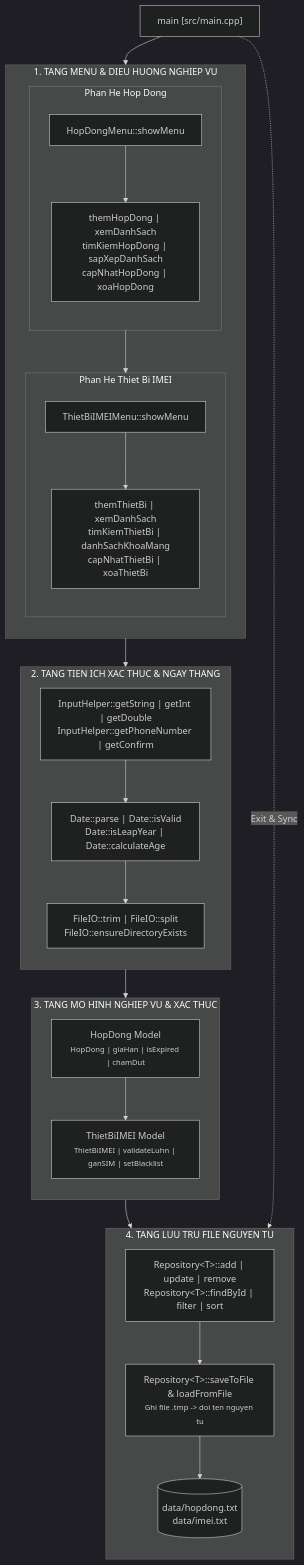
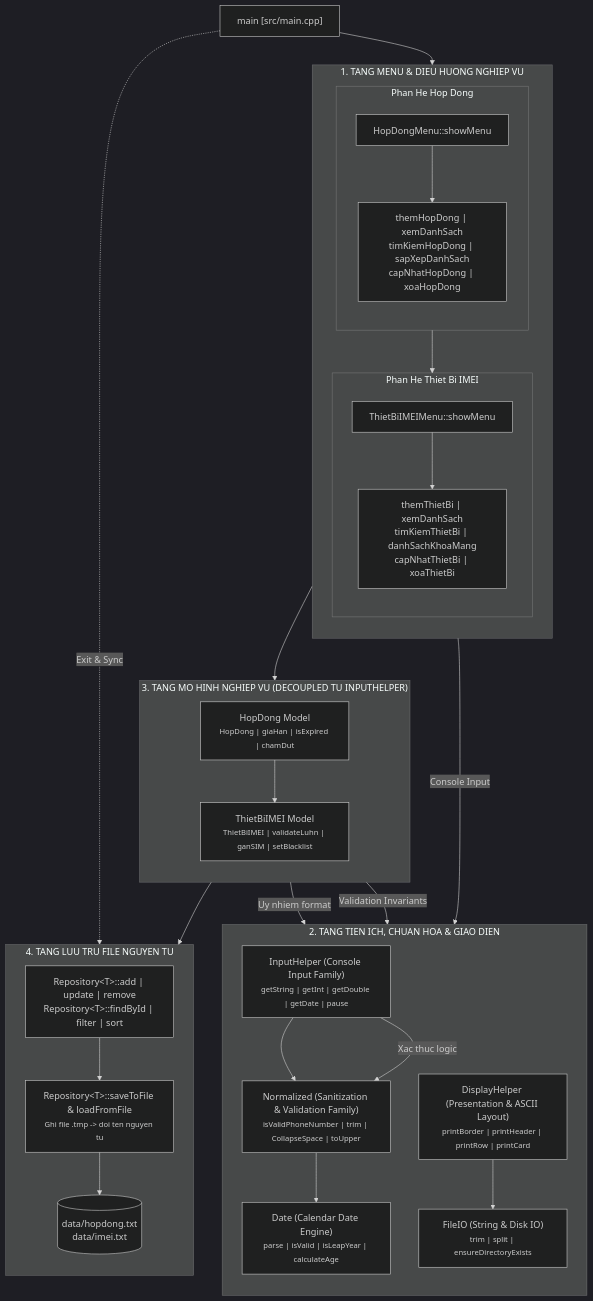
Before and after one commit to vgbn2/BTL_KTLT: the first of 6 diagrams in docs/Operational/FUNCTION_CALLFLOW_SPEC.md, drawn with Mermaid (dark theme). The commit also changed other lines of this file and 32 other files, not shown here.

````diff
--- a/docs/Operational/FUNCTION_CALLFLOW_SPEC.md
+++ b/docs/Operational/FUNCTION_CALLFLOW_SPEC.md
@@ -15,50 +15,57 @@
 ```mermaid
 flowchart TD
     Main["main [src/main.cpp]"]
 
     subgraph MenuLayer ["1. TANG MENU & DIEU HUONG NGHIEP VU"]
         direction TB
         subgraph HD_MenuBox ["Phan He Hop Dong"]
             direction TB
             HD_Show["HopDongMenu::showMenu"]
             HD_Actions["themHopDong | xemDanhSach<br/>timKiemHopDong | sapXepDanhSach<br/>capNhatHopDong | xoaHopDong"]
             HD_Show --> HD_Actions
         end
         subgraph IMEI_MenuBox ["Phan He Thiet Bi IMEI"]
             direction TB
             IMEI_Show["ThietBiIMEIMenu::showMenu"]
             IMEI_Actions["themThietBi | xemDanhSach<br/>timKiemThietBi | danhSachKhoaMang<br/>capNhatThietBi | xoaThietBi"]
             IMEI_Show --> IMEI_Actions
         end
         HD_MenuBox --> IMEI_MenuBox
     end
 
-    subgraph HelperLayer ["2. TANG TIEN ICH XAC THUC & NGAY THANG"]
+    subgraph HelperLayer ["2. TANG TIEN ICH, CHUAN HOA & GIAO DIEN"]
         direction TB
-        InputHelpGroup["InputHelper::getString | getInt | getDouble<br/>InputHelper::getPhoneNumber | getConfirm"]
-        DateEngineGroup["Date::parse | Date::isValid<br/>Date::isLeapYear | Date::calculateAge"]
-        FileIOGroup["FileIO::trim | FileIO::split<br/>FileIO::ensureDirectoryExists"]
-        InputHelpGroup --> DateEngineGroup --> FileIOGroup
+        InputHelpGroup["InputHelper (Console Input Family)<br/><small>getString | getInt | getDouble | getDate | pause</small>"]
+        NormGroup["Normalized (Sanitization & Validation Family)<br/><small>isValidPhoneNumber | trim | CollapseSpace | toUpper</small>"]
+        DisplayGroup["DisplayHelper (Presentation & ASCII Layout)<br/><small>printBorder | printHeader | printRow | printCard</small>"]
+        DateEngineGroup["Date (Calendar Date Engine)<br/><small>parse | isValid | isLeapYear | calculateAge</small>"]
+        FileIOGroup["FileIO (String & Disk IO)<br/><small>trim | split | ensureDirectoryExists</small>"]
+        InputHelpGroup --> NormGroup
+        NormGroup --> DateEngineGroup
+        DisplayGroup --> FileIOGroup
     end
 
-    subgraph DomainLayer ["3. TANG MO HINH NGHIEP VU & XAC THUC"]
+    subgraph DomainLayer ["3. TANG MO HINH NGHIEP VU (DECOUPLED TU INPUTHELPER)"]
         direction TB
         HD_ModelBox["HopDong Model<br/><small>HopDong | giaHan | isExpired | chamDut</small>"]
         IMEI_ModelBox["ThietBiIMEI Model<br/><small>ThietBiIMEI | validateLuhn | ganSIM | setBlacklist</small>"]
         HD_ModelBox --> IMEI_ModelBox
     end
 
     subgraph StorageLayer ["4. TANG LUU TRU FILE NGUYEN TU"]
         direction TB
         RepoOps["Repository&lt;T&gt;::add | update | remove<br/>Repository&lt;T&gt;::findById | filter | sort"]
         RepoSync["Repository&lt;T&gt;::saveToFile & loadFromFile<br/><small>Ghi file .tmp -> doi ten nguyen tu</small>"]
         DataFilesGroup[("data/hopdong.txt<br/>data/imei.txt")]
         RepoOps --> RepoSync --> DataFilesGroup
     end
 
     Main --> MenuLayer
-    MenuLayer --> HelperLayer
-    HelperLayer --> DomainLayer
+    MenuLayer -->|Console Input| InputHelpGroup
+    InputHelpGroup -->|Xac thuc logic| NormGroup
+    DomainLayer -->|Validation Invariants| NormGroup
+    DomainLayer -->|Uy nhiem format| DisplayGroup
+    MenuLayer --> DomainLayer
     DomainLayer --> StorageLayer
     Main -.->|Exit & Sync| StorageLayer
 ```
````
